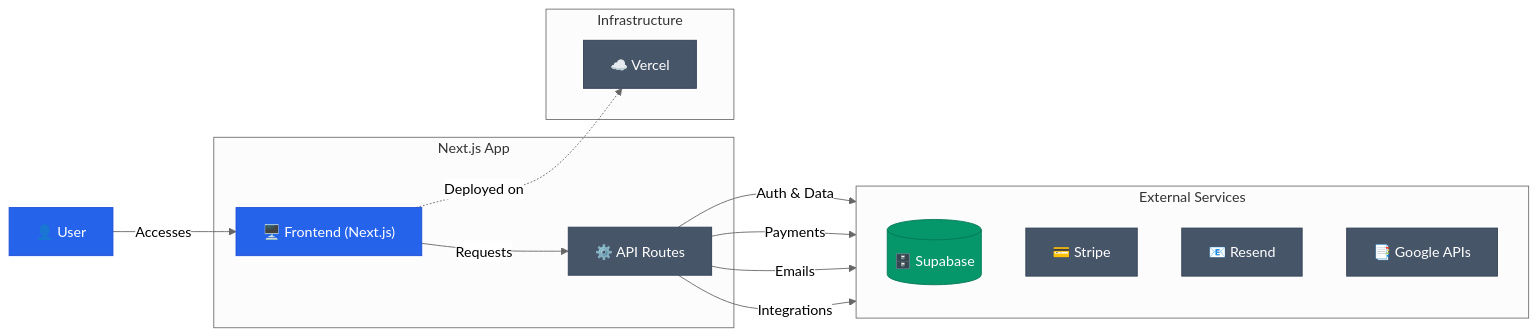
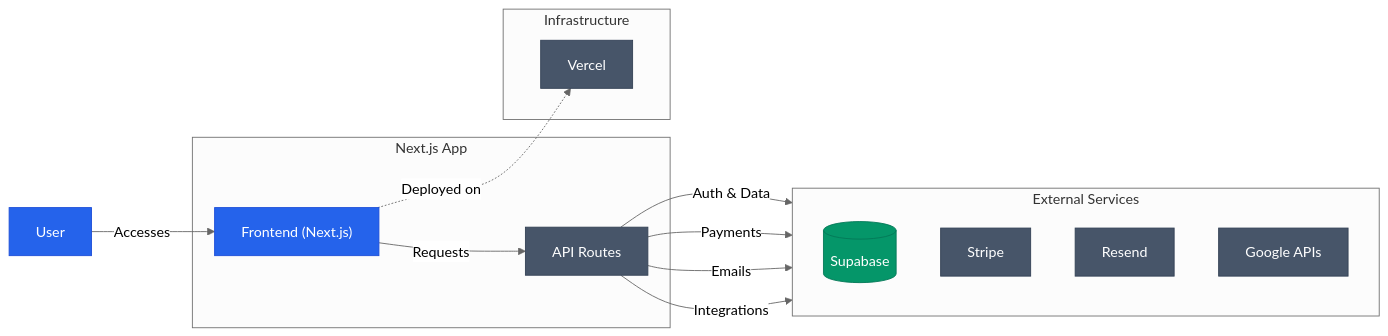
One commit to sheetful-co/.github changed the diagram in profile/README.md. Above: the diagram before and after it, drawn with Mermaid (neutral theme). The commit also changed other lines of this file, not shown here.

````diff
--- a/profile/README.md
+++ b/profile/README.md
@@ -27,33 +36,33 @@
 ```mermaid
 graph LR
-    User["👤 User"] -->|Accesses| Client["🖥️ Frontend (Next.js)"]
+    User["User"] -->|Accesses| Client["Frontend (Next.js)"]
     
     subgraph "Next.js App"
-        Client -->|Requests| API["⚙️ API Routes"]
+        Client -->|Requests| API["API Routes"]
     end
     
     subgraph "Infrastructure"
-        Client -.->|Deployed on| Vercel["☁️ Vercel"]
+        Client -.->|Deployed on| Vercel["Vercel"]
     end
     
     subgraph "External Services"
         direction TB
-        Supabase[("🗄️ Supabase")]
-        Stripe["💳 Stripe"]
-        Resend["📧 Resend"]
-        Google["📑 Google APIs"]
+        Supabase[("Supabase")]
+        Stripe["Stripe"]
+        Resend["Resend"]
+        Google["Google APIs"]
     end
     
     API -->|Auth & Data| Supabase
     API -->|Payments| Stripe
     API -->|Emails| Resend
     API -->|Integrations| Google
     
     classDef primary fill:#2563eb,stroke:#1d4ed8,color:white;
     classDef secondary fill:#475569,stroke:#334155,color:white;
     classDef database fill:#059669,stroke:#047857,color:white;
     
     class User,Client primary;
     class API,Stripe,Resend,Google,Vercel secondary;
     class Supabase database;
 ```
````
